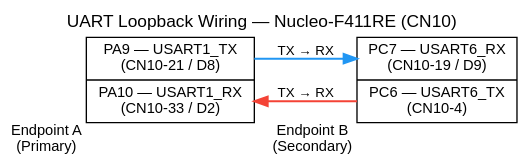
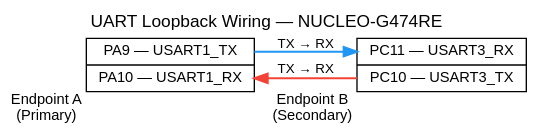
Before and after one commit to chibilogic/ioHdlc: the diagram in doc/resources/wiring_uart.dot, drawn with Graphviz. The commit also changed 13 other files, not shown here.

```diff
--- a/doc/resources/wiring_uart.dot
+++ b/doc/resources/wiring_uart.dot
@@ -1,20 +1,20 @@
 digraph uart_loopback {
   rankdir=LR;
   bgcolor="transparent";
   node [shape=record, fontname="Helvetica", fontsize=11];
   edge [fontname="Helvetica", fontsize=10, penwidth=1.5];
 
-  label="UART Loopback Wiring — Nucleo-F411RE (CN10)";
+  label="UART Loopback Wiring — NUCLEO-G474RE";
   labelloc=t;
   fontname="Helvetica";
   fontsize=13;
 
-  usart1 [label="<tx> PA9  — USART1_TX\n(CN10-21 / D8) | <rx> PA10 — USART1_RX\n(CN10-33 / D2)"
+  usart1 [label="<tx> PA9  — USART1_TX | <rx> PA10 — USART1_RX"
           xlabel="Endpoint A\n(Primary)"];
 
-  usart6 [label="<rx> PC7  — USART6_RX\n(CN10-19 / D9) | <tx> PC6  — USART6_TX\n(CN10-4)"
+  usart3 [label="<rx> PC11 — USART3_RX | <tx> PC10 — USART3_TX"
           xlabel="Endpoint B\n(Secondary)"];
 
-  usart1:tx -> usart6:rx [color="#2196F3", label="TX → RX"];
-  usart6:tx -> usart1:rx [color="#F44336", label="TX → RX"];
+  usart1:tx -> usart3:rx [color="#2196F3", label="TX → RX"];
+  usart3:tx -> usart1:rx [color="#F44336", label="TX → RX"];
 }
```
